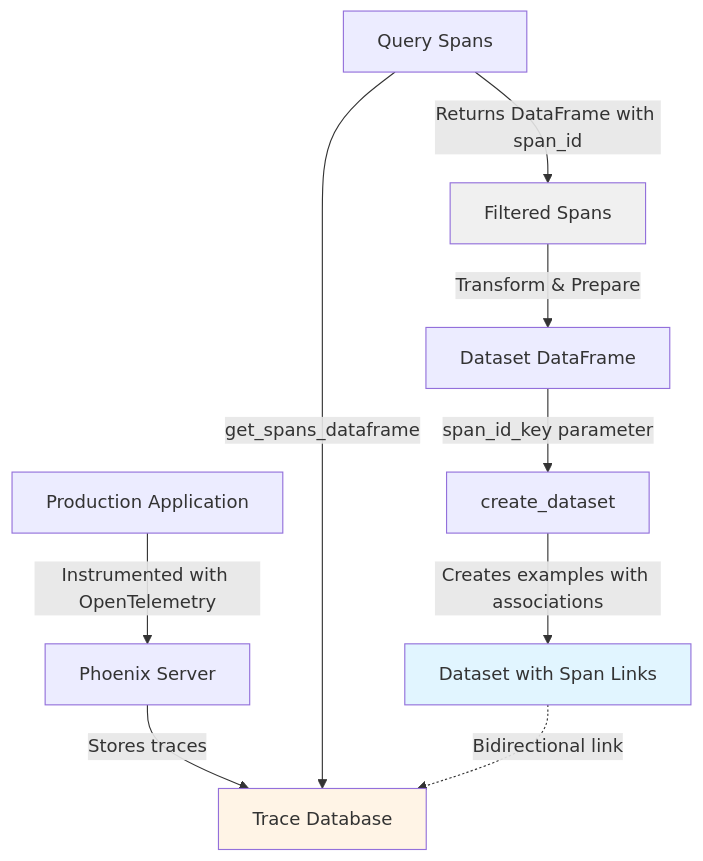
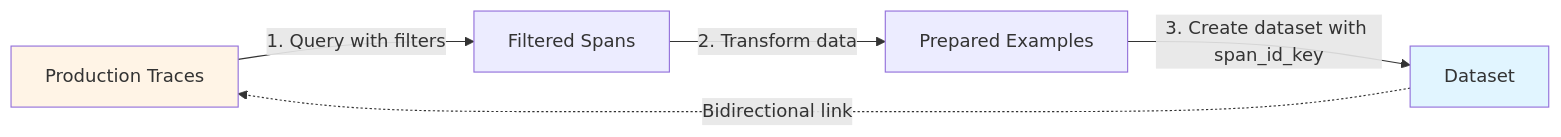
Before and after one commit to Arize-ai/phoenix: the diagram in docs/phoenix/release-notes/01-2026/01-21-2026-create-datasets-from-traces.mdx, drawn with Mermaid. The commit also changed other lines of this file and 1 other file, not shown here.

First line of the commit message:
docs: improve datasets-from-spans release notes clarity and accuracy

````diff
--- a/docs/phoenix/release-notes/01-2026/01-21-2026-create-datasets-from-traces.mdx
+++ b/docs/phoenix/release-notes/01-2026/01-21-2026-create-datasets-from-traces.mdx
@@ -45,19 +80,10 @@
 ```mermaid
-graph TB
-    A[Production Application] -->|Instrumented with OpenTelemetry| B[Phoenix Server]
-    B -->|Stores traces| C[Trace Database]
+graph LR
+    A[Production Traces] -->|1. Query with filters| B[Filtered Spans]
+    B -->|2. Transform data| C[Prepared Examples]
+    C -->|3. Create dataset with span_id_key| D[Dataset]
+    D -.->|Bidirectional link| A
 
-    D[Query Spans] -->|get_spans_dataframe| C
-    D -->|Returns DataFrame with span_id| E[Filtered Spans]
-
-    E -->|Transform & Prepare| F[Dataset DataFrame]
-    F -->|span_id_key parameter| G[create_dataset]
-
-    G -->|Creates examples with associations| H[Dataset with Span Links]
-
-    H -.->|Bidirectional link| C
-
-    style H fill:#e1f5ff
-    style C fill:#fff4e6
-    style E fill:#f0f0f0
+    style D fill:#e1f5ff
+    style A fill:#fff4e6
 ```
````
